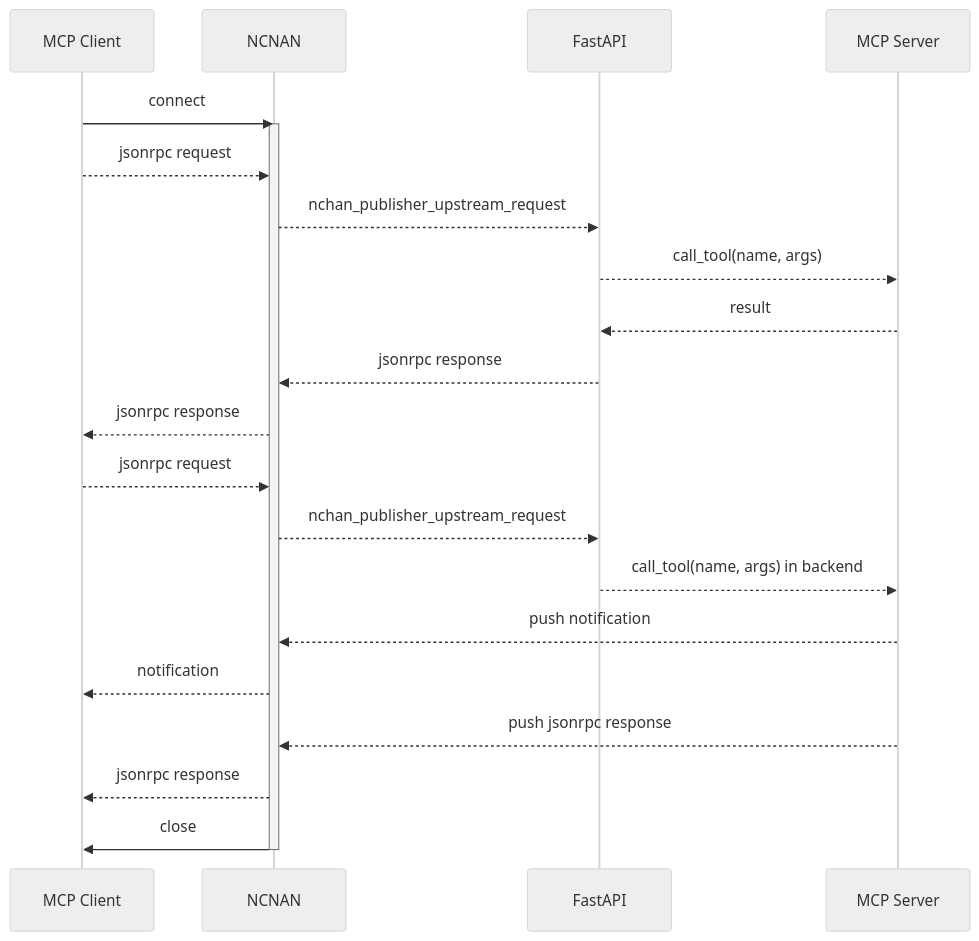
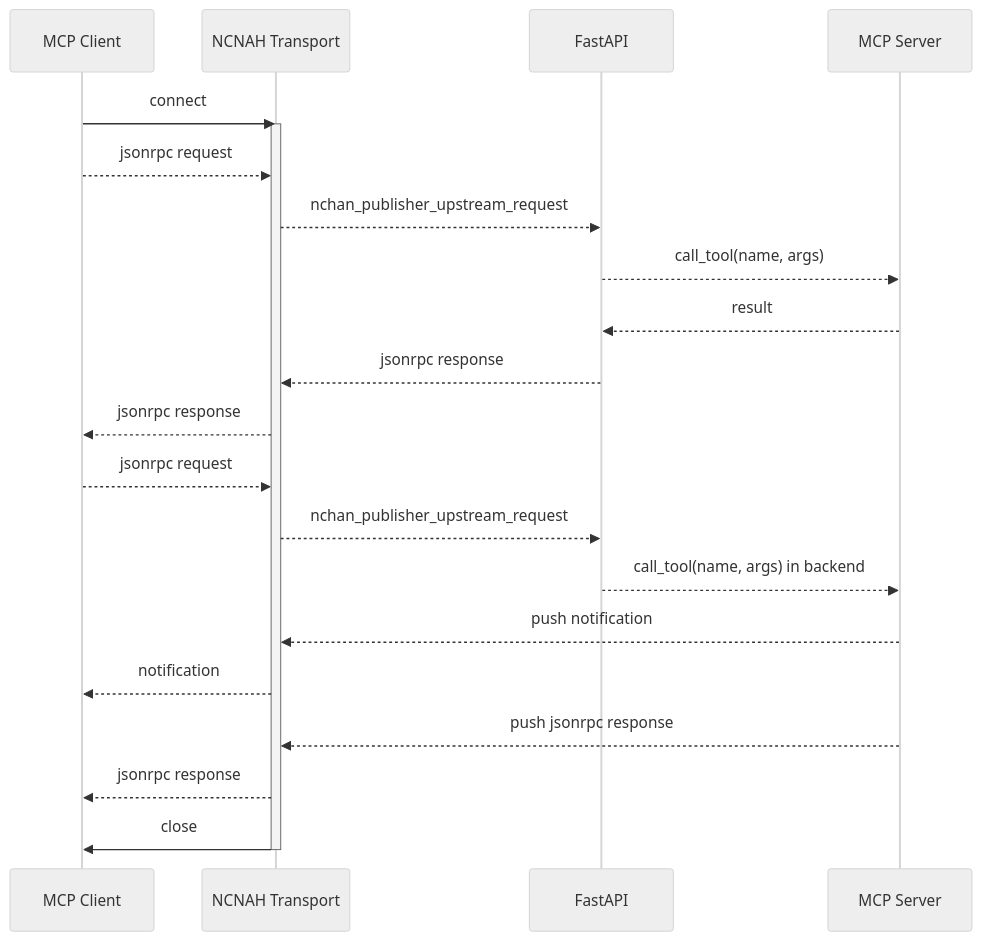
One commit to Davywhalewillrock/nchan-mcp-transport changed the diagram in docs/MCP Communication Flow.md. Above: the diagram before and after it, drawn with Mermaid (neutral theme). The commit also changed other lines of this file, not shown here.

Commit message:
update flow

````diff
--- a/docs/MCP Communication Flow.md
+++ b/docs/MCP Communication Flow.md
@@ -9,21 +9,21 @@
 ```mermaid
 sequenceDiagram
-  MCP Client->>NCNAN: connect
-  activate NCNAN
-  MCP Client-->>NCNAN: jsonrpc request
-  NCNAN-->>FastAPI: nchan_publisher_upstream_request
+  MCP Client->>NCNAH Transport: connect
+  activate NCNAH Transport
+  MCP Client-->>NCNAH Transport: jsonrpc request
+  NCNAH Transport-->>FastAPI: nchan_publisher_upstream_request
   FastAPI-->>MCP Server: call_tool(name, args)
   MCP Server-->>FastAPI: result
-  FastAPI-->>NCNAN: jsonrpc response
-  NCNAN-->> MCP Client: jsonrpc response
+  FastAPI-->>NCNAH Transport: jsonrpc response
+  NCNAH Transport-->> MCP Client: jsonrpc response
   
-  MCP Client-->>NCNAN: jsonrpc request
-  NCNAN-->>FastAPI: nchan_publisher_upstream_request
+  MCP Client-->>NCNAH Transport: jsonrpc request
+  NCNAH Transport-->>FastAPI: nchan_publisher_upstream_request
   FastAPI-->>MCP Server: call_tool(name, args) in backend
-  MCP Server-->>NCNAN: push notification
-  NCNAN-->> MCP Client: notification
-  MCP Server-->>NCNAN: push jsonrpc response
-  NCNAN-->> MCP Client: jsonrpc response
-  NCNAN->> MCP Client: close
-  deactivate NCNAN
+  MCP Server-->>NCNAH Transport: push notification
+  NCNAH Transport-->> MCP Client: notification
+  MCP Server-->>NCNAH Transport: push jsonrpc response
+  NCNAH Transport-->> MCP Client: jsonrpc response
+  NCNAH Transport->> MCP Client: close
+  deactivate NCNAH Transport
 ```
````
